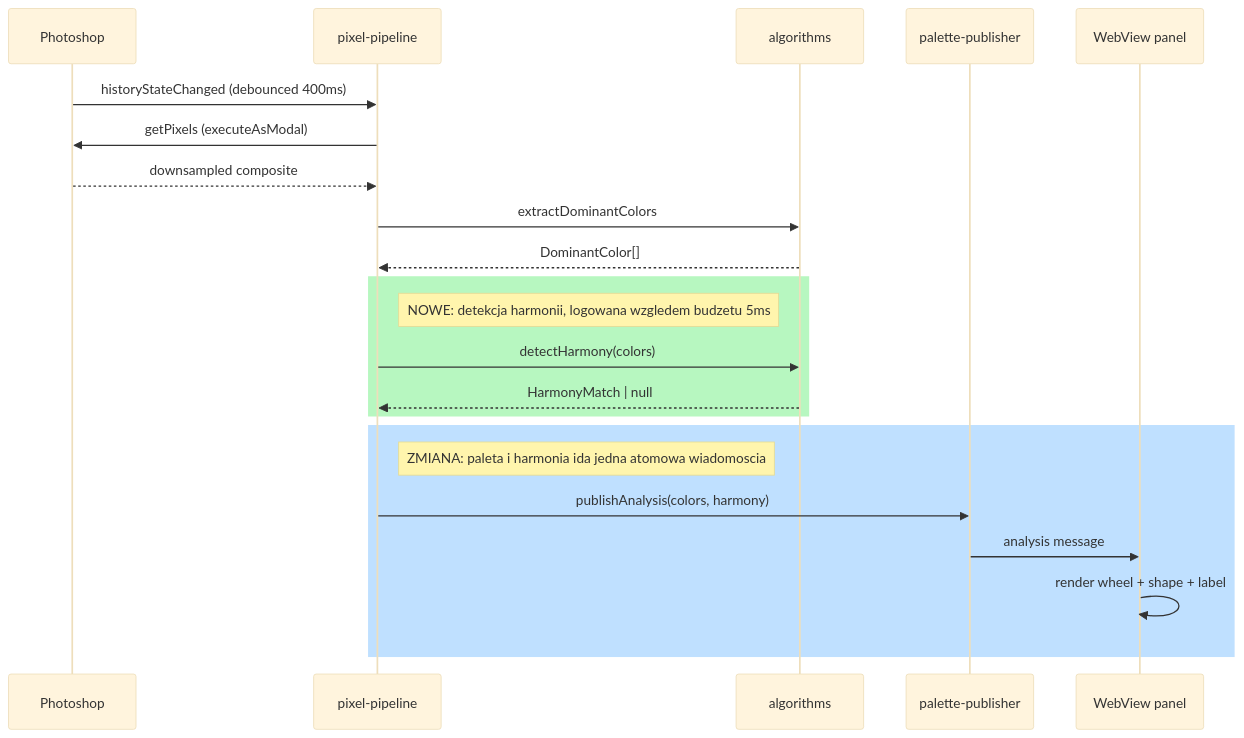
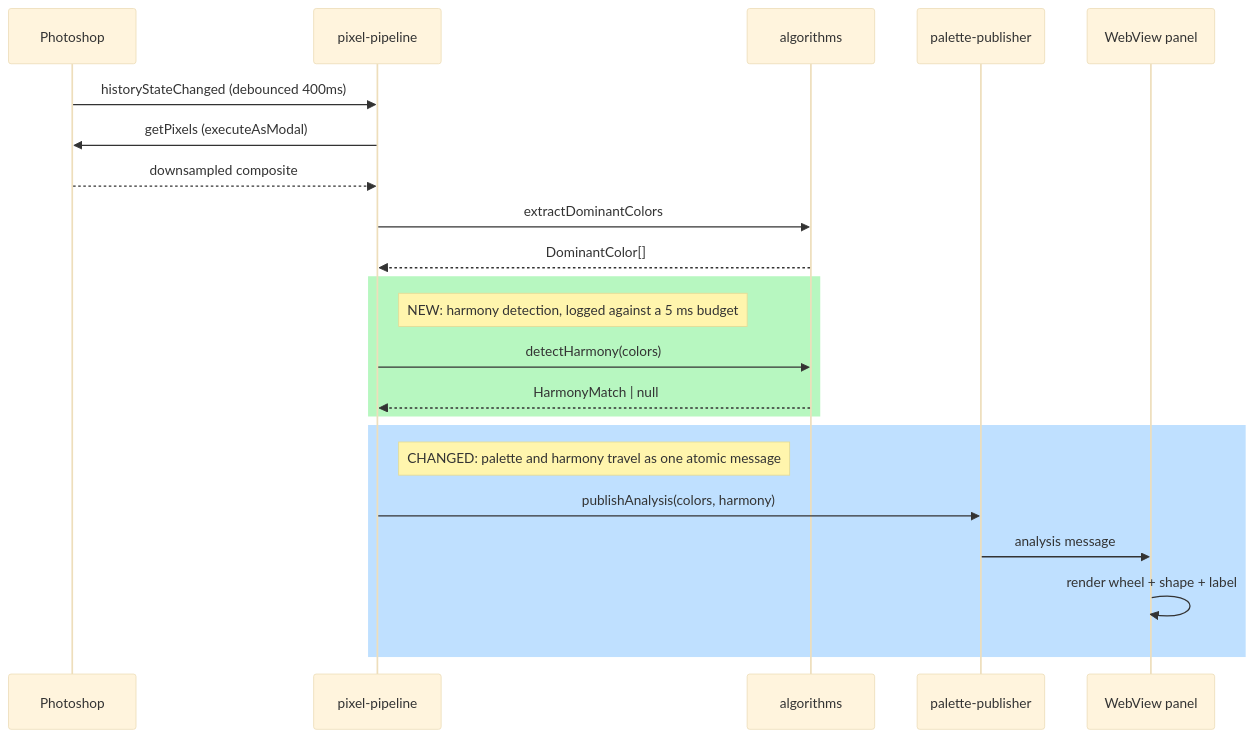
The diagram in docs/design-harmony-detection.md (matee911/huechord), drawn with Mermaid (base theme) before and after one commit. The commit also changed 2 other files, not shown here.

Commit message:
docs: write the diagram notes in the language the rest of the repo uses
Three sequence diagrams carried their change annotations in Polish, left over
from the sessions that drew them. Every other line of prose, comment and commit
message in this repo is English, and a reader of the diagrams had no way to know
they were the exception.

Only the note text changes. The flows, participants and highlight colors are
untouched.

````diff
--- a/docs/design-harmony-detection.md
+++ b/docs/design-harmony-detection.md
@@ -86,27 +86,27 @@
 ```mermaid
 sequenceDiagram
     participant PS as Photoshop
     participant Pipe as pixel-pipeline
     participant Alg as algorithms
     participant Pub as palette-publisher
     participant WV as WebView panel
 
     PS->>Pipe: historyStateChanged (debounced 400ms)
     Pipe->>PS: getPixels (executeAsModal)
     PS-->>Pipe: downsampled composite
     Pipe->>Alg: extractDominantColors
     Alg-->>Pipe: DominantColor[]
 
     rect rgb(183, 247, 192)
-    Note right of Pipe: NOWE: detekcja harmonii, logowana wzgledem budzetu 5ms
+    Note right of Pipe: NEW: harmony detection, logged against a 5 ms budget
     Pipe->>Alg: detectHarmony(colors)
     Alg-->>Pipe: HarmonyMatch | null
     end
 
     rect rgb(191, 224, 255)
-    Note right of Pipe: ZMIANA: paleta i harmonia ida jedna atomowa wiadomoscia
+    Note right of Pipe: CHANGED: palette and harmony travel as one atomic message
     Pipe->>Pub: publishAnalysis(colors, harmony)
     Pub->>WV: analysis message
     WV->>WV: render wheel + shape + label
     end
 ```
````
